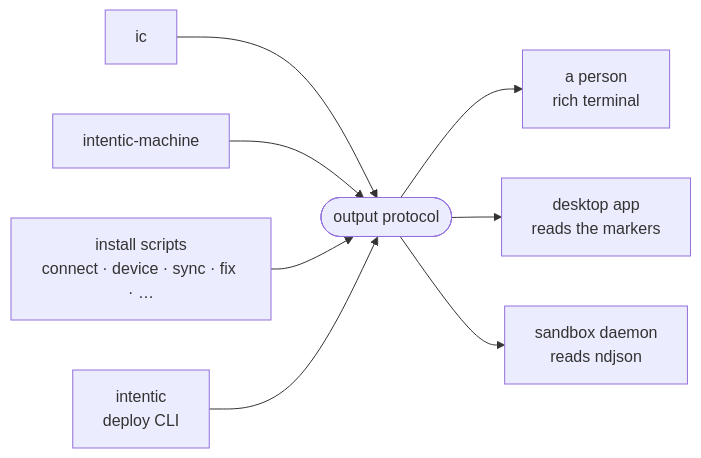
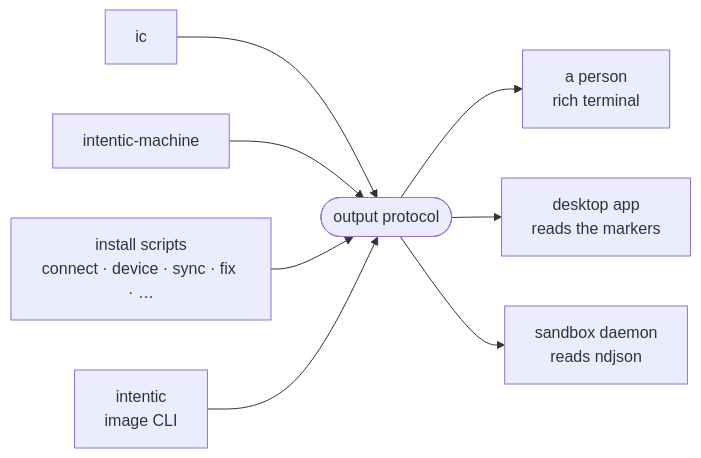
Before and after one commit to intentic/intentic: the diagram in docs/ops/cli-output-protocol.md, drawn with Mermaid. The commit also changed other lines of this file and 671 other files, not shown here.

First line of the commit message:
refactor(deploy): remove intentic deploy infrastructure and migrate CLI to sandbox

````diff
--- a/docs/ops/cli-output-protocol.md
+++ b/docs/ops/cli-output-protocol.md
@@ -5,10 +5,10 @@
 ```mermaid
 flowchart LR
     ic["ic"] --> proto(["output protocol"])
     agents["intentic-machine"] --> proto
     shims["install scripts<br/>connect · device · sync · fix · …"] --> proto
-    cli["intentic<br/>deploy CLI"] --> proto
+    cli["intentic<br/>image CLI"] --> proto
     proto --> person["a person<br/>rich terminal"]
     proto --> desktop["desktop app<br/>reads the markers"]
     proto --> daemon["sandbox daemon<br/>reads ndjson"]
 ```
````
